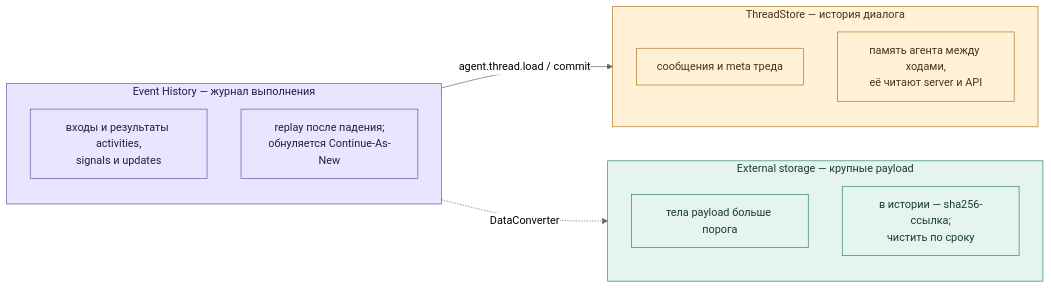
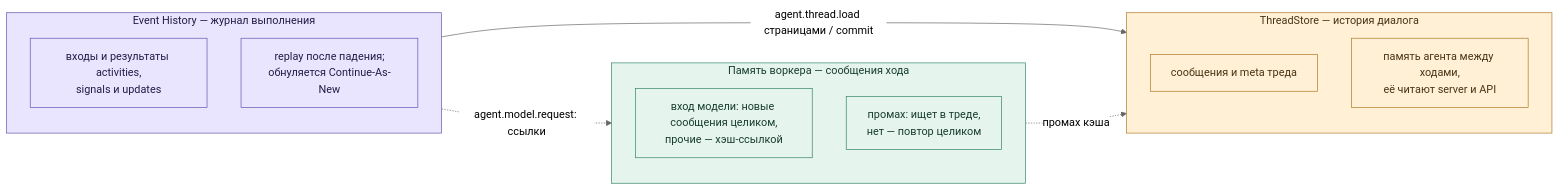
Before and after one commit to agens-universale/universal-agent: the ninth of 9 diagrams in docs/temporal-architecture.md, drawn with Mermaid (neutral theme). The commit also changed other lines of this file and 12 other files, not shown here.

First line of the commit message:
refactor(temporal): убрать payload_storage — всё в истории Temporal, как у Pydantic AI

````diff
--- a/docs/temporal-architecture.md
+++ b/docs/temporal-architecture.md
@@ -442,23 +439,24 @@
 ```mermaid
 flowchart LR
     subgraph T["ThreadStore — история диалога"]
         T1["сообщения и meta треда"]
         T2["память агента между ходами,<br/>её читают server и API"]
     end
     subgraph H["Event History — журнал выполнения"]
         H1["входы и результаты activities,<br/>signals и updates"]
         H2["replay после падения;<br/>обнуляется Continue-As-New"]
     end
-    subgraph X["External storage — крупные payload"]
-        X1["тела payload больше порога"]
-        X2["в истории — sha256-ссылка;<br/>чистить по сроку"]
+    subgraph W["Память воркера — сообщения хода"]
+        W1["вход модели: новые сообщения целиком,<br/>прочие — хэш-ссылкой"]
+        W2["промах: ищет в треде,<br/>нет — повтор целиком"]
     end
-    H -->|"agent.thread.load / commit"| T
-    H -.->|"DataConverter"| X
+    H -->|"agent.thread.load страницами / commit"| T
+    H -.->|"agent.model.request: ссылки"| W
+    W -.->|"промах кэша"| T
     classDef data fill:#fff0d6,stroke:#ae7925,color:#493414;
     classDef control fill:#e9e5ff,stroke:#6552ad,color:#251b45;
     classDef io fill:#e5f4ed,stroke:#338466,color:#173d2f;
     class T,T1,T2 data;
     class H,H1,H2 control;
-    class X,X1,X2 io;
+    class W,W1,W2 io;
 ```
````
